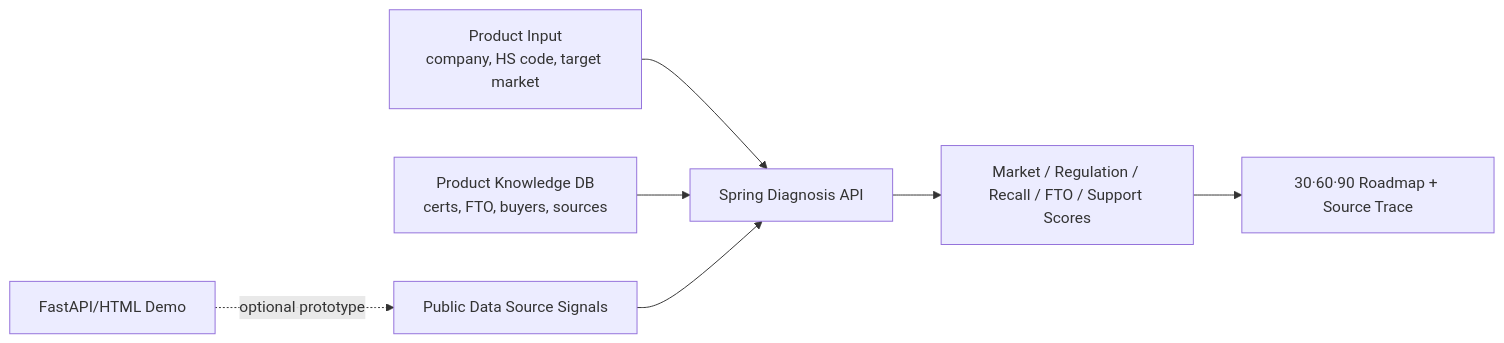
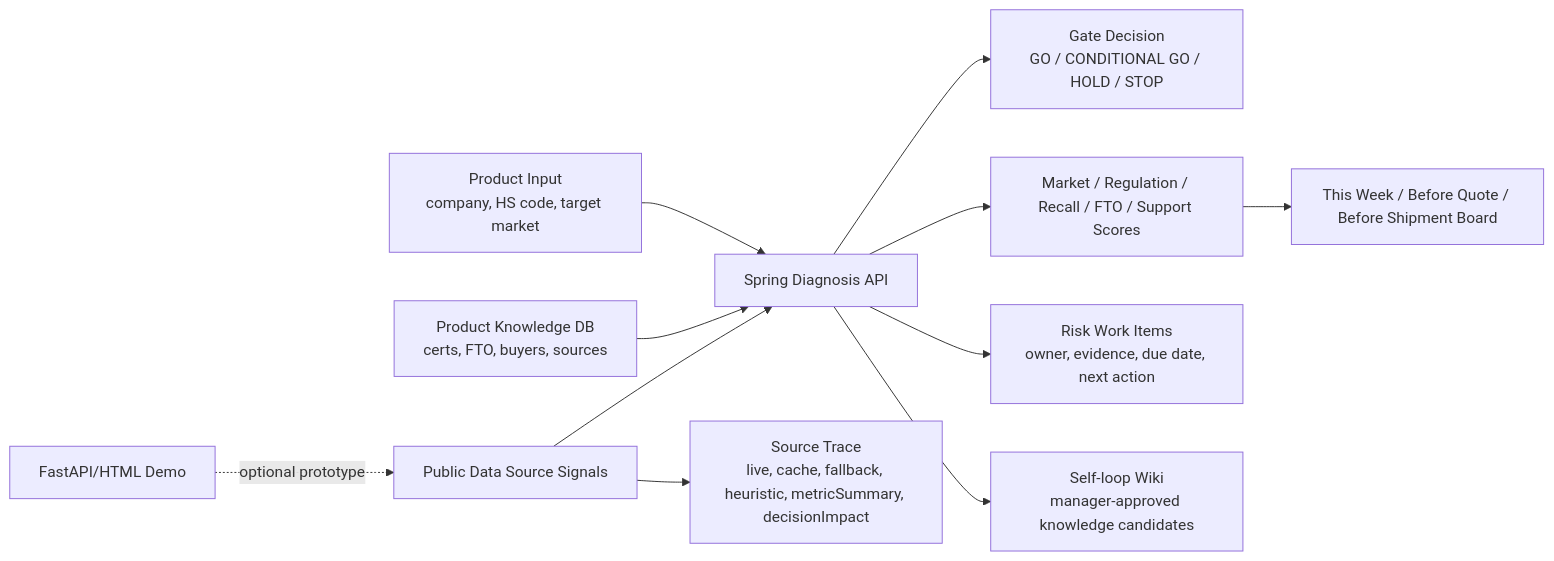
One commit to jisu217/grow-gate-local-ex changed the diagram in README.md. Above: the diagram before and after it, drawn with Mermaid. The commit also changed other lines of this file and 2 other files, not shown here.

Commit message:
Update README for gate decision flow

````diff
--- a/README.md
+++ b/README.md
@@ -204,10 +205,14 @@
 ```mermaid
 flowchart LR
   A["Product Input<br/>company, HS code, target market"]
   A --> S["Spring Diagnosis API"]
   K["Product Knowledge DB<br/>certs, FTO, buyers, sources"] --> S
   C["Public Data Source Signals"] --> S
+  S --> G["Gate Decision<br/>GO / CONDITIONAL GO / HOLD / STOP"]
   S --> E["Market / Regulation / Recall / FTO / Support Scores"]
-  E --> F["30·60·90 Roadmap + Source Trace"]
+  S --> R["Risk Work Items<br/>owner, evidence, due date, next action"]
+  E --> F["This Week / Before Quote / Before Shipment Board"]
+  C --> T["Source Trace<br/>live, cache, fallback, heuristic, metricSummary, decisionImpact"]
+  S --> W["Self-loop Wiki<br/>manager-approved knowledge candidates"]
   D["FastAPI/HTML Demo"] -. optional prototype .-> C
 ```
````
